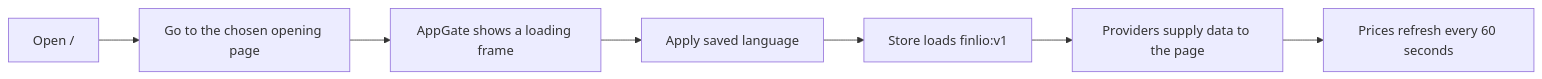
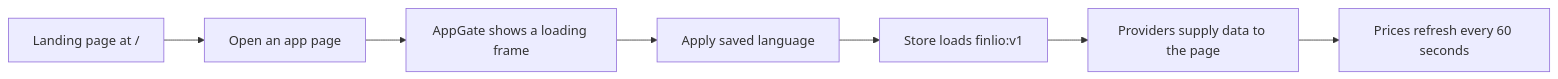
One commit to Gokulakrishnxn/Finlioo changed the second of 4 diagrams in README.md. Above: the diagram before and after it, drawn with Mermaid. The commit also changed other lines of this file, not shown here.

Commit message:
docs: describe the landing page in the README

````diff
--- a/README.md
+++ b/README.md
@@ -82,9 +82,9 @@
 ```mermaid
 flowchart LR
-    A["Open /"] --> B["Go to the chosen opening page"]
+    A["Landing page at /"] --> B["Open an app page"]
     B --> C["AppGate shows a loading frame"]
     C --> D["Apply saved language"]
     D --> E["Store loads finlio:v1"]
     E --> F["Providers supply data to the page"]
     F --> G["Prices refresh every 60 seconds"]
 ```
````
